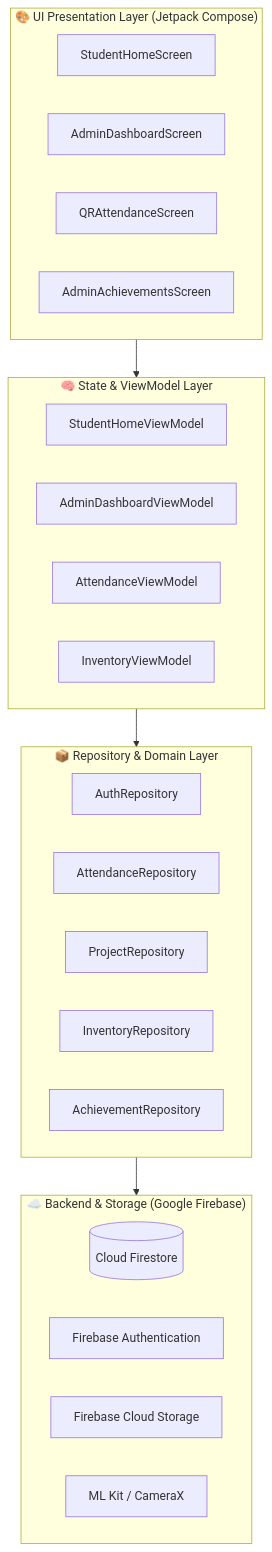
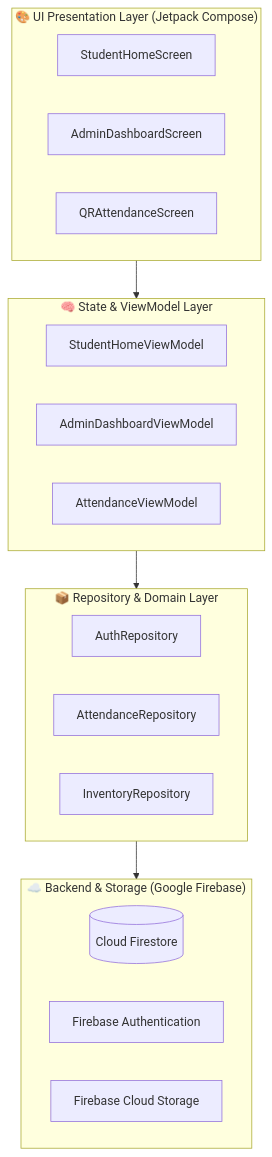
One commit to Ankitsatnami/RW_HUB_apk changed the diagram in README.md. Above: the diagram before and after it, drawn with Mermaid. The commit also changed other lines of this file, not shown here.

````diff
--- a/README.md
+++ b/README.md
@@ -115,35 +110,30 @@
 ```mermaid
 graph TD
     subgraph UI_Layer["🎨 UI Presentation Layer (Jetpack Compose)"]
         A[StudentHomeScreen]
         B[AdminDashboardScreen]
         C[QRAttendanceScreen]
-        D[AdminAchievementsScreen]
     end
 
     subgraph ViewModel_Layer["🧠 State & ViewModel Layer"]
         VM1[StudentHomeViewModel]
         VM2[AdminDashboardViewModel]
         VM3[AttendanceViewModel]
-        VM4[InventoryViewModel]
     end
 
     subgraph Domain_Layer["📦 Repository & Domain Layer"]
         R1[AuthRepository]
         R2[AttendanceRepository]
-        R3[ProjectRepository]
-        R4[InventoryRepository]
-        R5[AchievementRepository]
+        R3[InventoryRepository]
     end
 
     subgraph Data_Layer["☁️ Backend & Storage (Google Firebase)"]
         F1[(Cloud Firestore)]
         F2[Firebase Authentication]
         F3[Firebase Cloud Storage]
-        F4[ML Kit / CameraX]
     end
 
     UI_Layer --> ViewModel_Layer
     ViewModel_Layer --> Domain_Layer
     Domain_Layer --> Data_Layer
 ```
````
